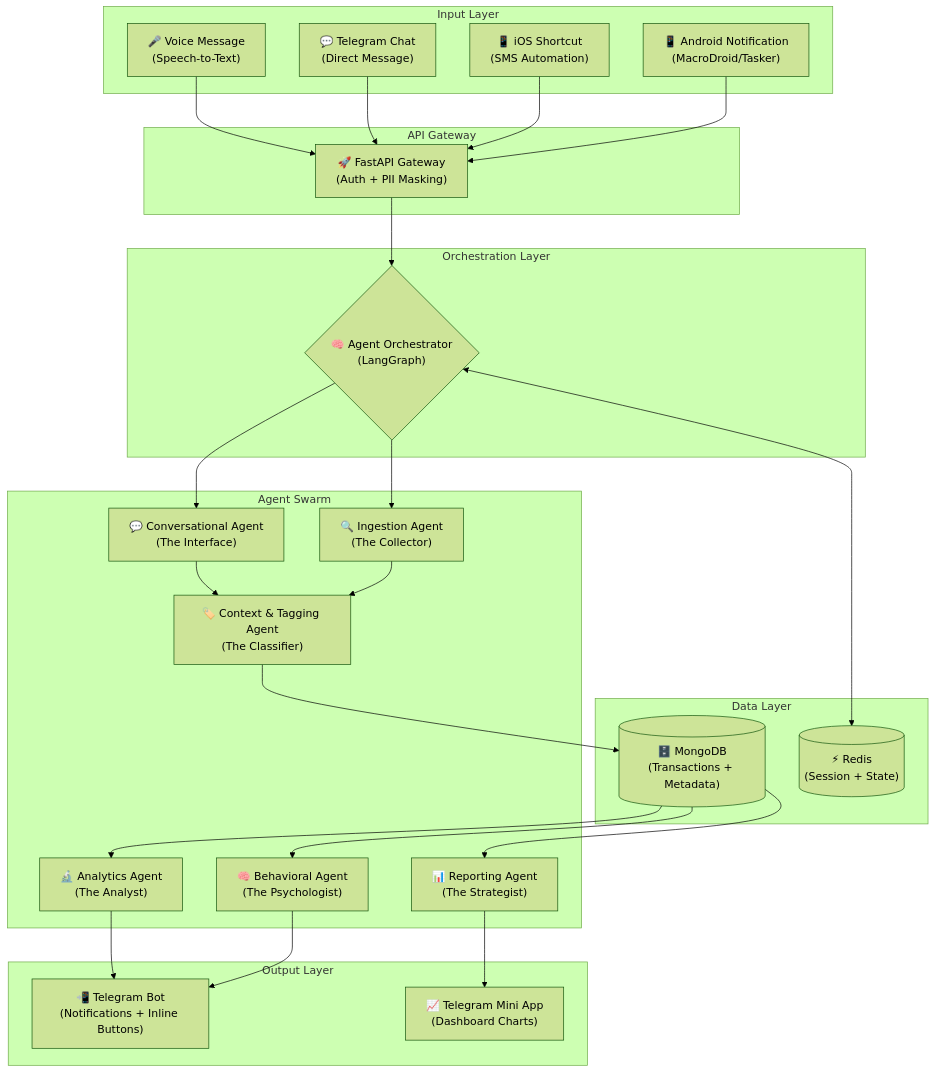
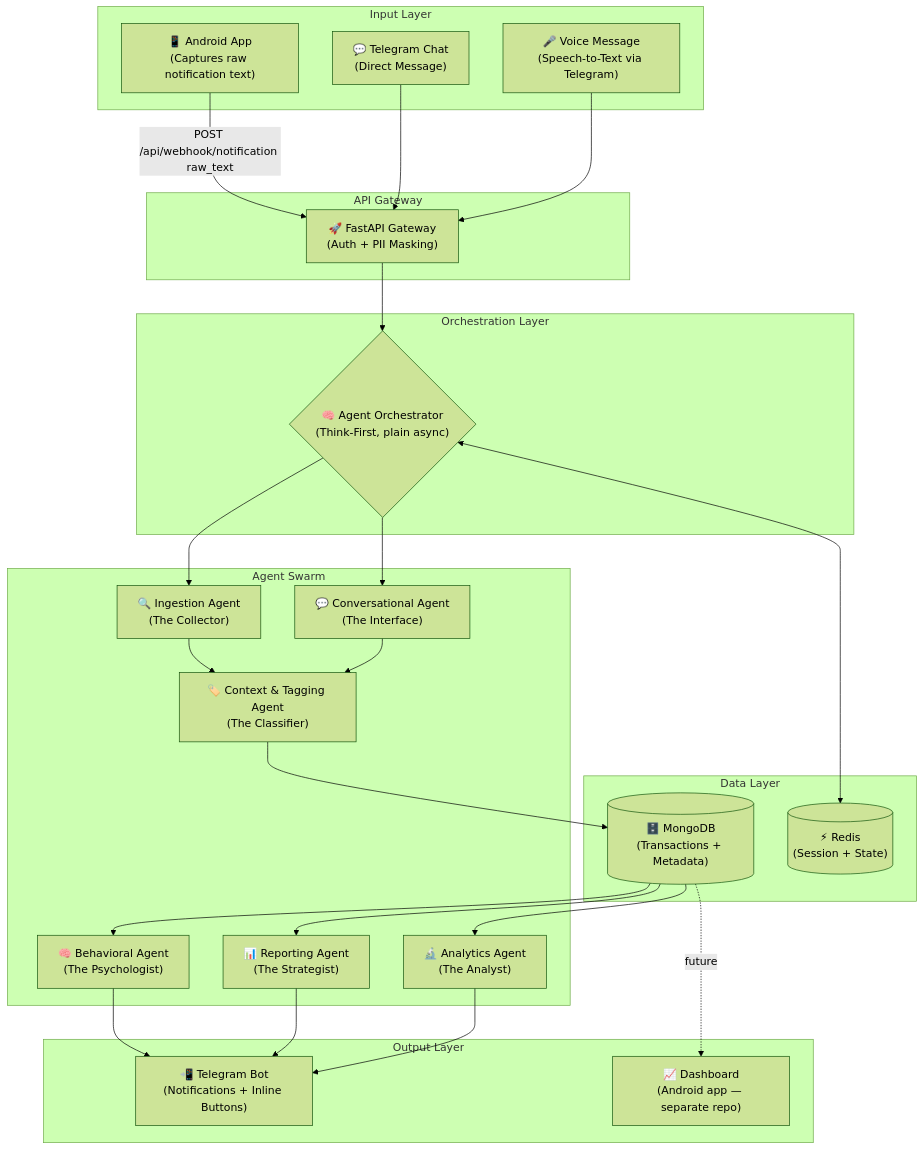
Before and after one commit to nqhuy44/chiwi: the first of 2 diagrams in docs/ARCHITECTURE.md, drawn with Mermaid (forest theme). The commit also changed other lines of this file and 30 other files, not shown here.

````diff
--- a/docs/ARCHITECTURE.md
+++ b/docs/ARCHITECTURE.md
@@ -21,50 +21,50 @@
 ```mermaid
 graph TD
     subgraph Input Layer
-        A1["📱 Android Notification<br/>(MacroDroid/Tasker)"]
-        A2["📱 iOS Shortcut<br/>(SMS Automation)"]
-        A3["💬 Telegram Chat<br/>(Direct Message)"]
-        A4["🎤 Voice Message<br/>(Speech-to-Text)"]
+        A1["📱 Android App<br/>(Captures raw notification text)"]
+        A2["💬 Telegram Chat<br/>(Direct Message)"]
+        A3["🎤 Voice Message<br/>(Speech-to-Text via Telegram)"]
     end
 
     subgraph API Gateway
         B["🚀 FastAPI Gateway<br/>(Auth + PII Masking)"]
     end
 
     subgraph Orchestration Layer
-        C{"🧠 Agent Orchestrator<br/>(LangGraph)"}
+        C{"🧠 Agent Orchestrator<br/>(Think-First, plain async)"}
     end
 
     subgraph Agent Swarm
         D["🔍 Ingestion Agent<br/>(The Collector)"]
         E["💬 Conversational Agent<br/>(The Interface)"]
         F["🏷️ Context & Tagging Agent<br/>(The Classifier)"]
         G["🧠 Behavioral Agent<br/>(The Psychologist)"]
         H["📊 Reporting Agent<br/>(The Strategist)"]
         I2["🔬 Analytics Agent<br/>(The Analyst)"]
     end
 
     subgraph Data Layer
         I[("🗄️ MongoDB<br/>(Transactions + Metadata)")]
         J[("⚡ Redis<br/>(Session + State)")]
     end
 
     subgraph Output Layer
         K["📲 Telegram Bot<br/>(Notifications + Inline Buttons)"]
-        L["📈 Telegram Mini App<br/>(Dashboard Charts)"]
+        L["📈 Dashboard<br/>(Android app — separate repo)"]
     end
 
-    A1 & A2 --> B
-    A3 & A4 --> B
+    A1 -->|POST /api/webhook/notification raw_text| B
+    A2 & A3 --> B
     B --> C
     C --> D & E
     D & E --> F
     F --> I
     I --> G
     G --> K
     I --> H
     I --> I2
-    H --> L
+    H --> K
     I2 --> K
+    I -.->|future| L
     C <--> J
 ```
````
